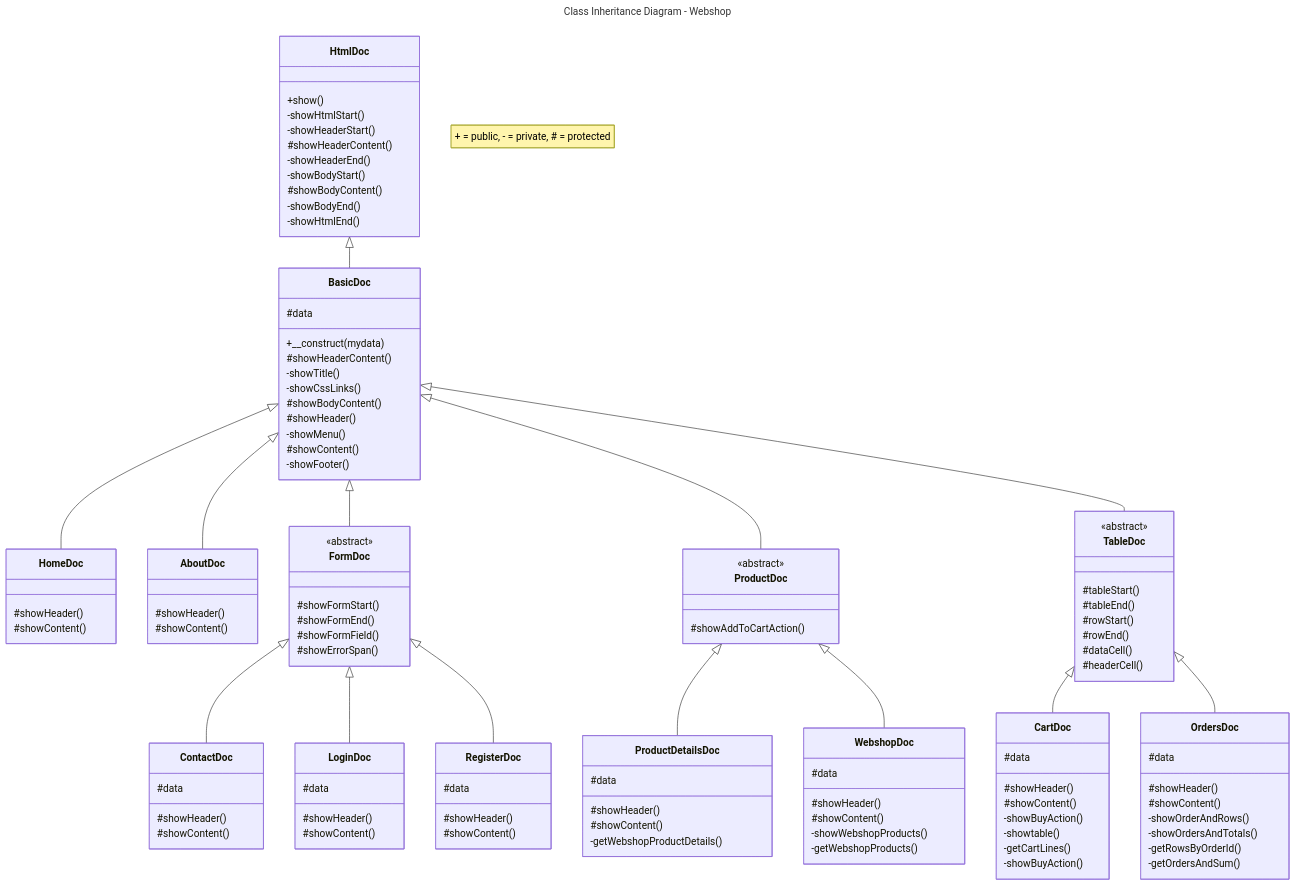
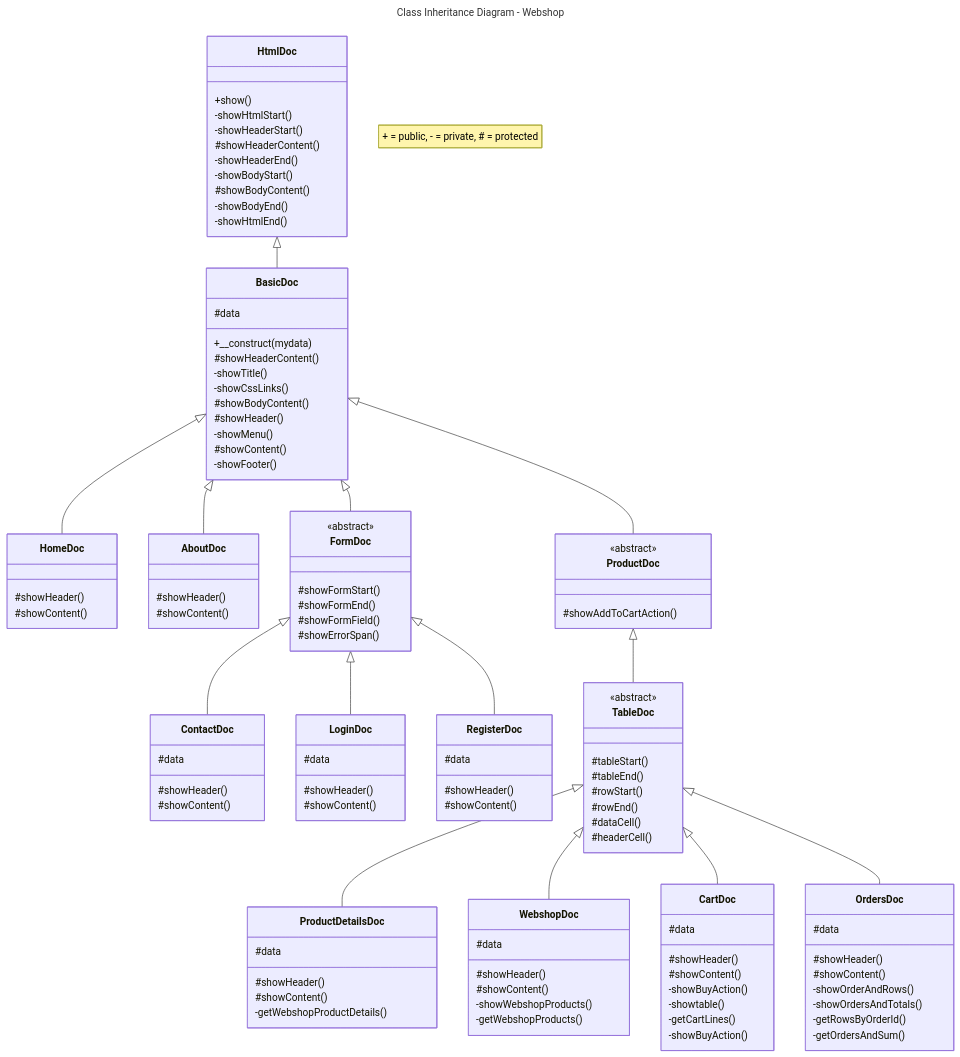
One commit to JeroenHeemskerk/educom-webshop-oop-1698314754 changed the diagram in Diagrams/class-inheritance-diagram-webshop.md. Above: the diagram before and after it, drawn with Mermaid.

Commit message:
Kleine wijziging in overerving van product_doc en tables_doc

```diff
--- a/Diagrams/class-inheritance-diagram-webshop.md
+++ b/Diagrams/class-inheritance-diagram-webshop.md
@@ -12,15 +12,15 @@
     BasicDoc <|-- AboutDoc
     BasicDoc <|-- FormDoc
     BasicDoc <|-- ProductDoc
-    BasicDoc <|-- TableDoc
 
     FormDoc <|-- ContactDoc
     FormDoc <|-- LoginDoc
     FormDoc <|-- RegisterDoc
 
-    ProductDoc <|-- ProductDetailsDoc
-    ProductDoc <|-- WebshopDoc
+    ProductDoc <|-- TableDoc
 
+    TableDoc <|-- ProductDetailsDoc
+    TableDoc <|-- WebshopDoc
     TableDoc <|-- CartDoc
     TableDoc <|-- OrdersDoc
     
```
